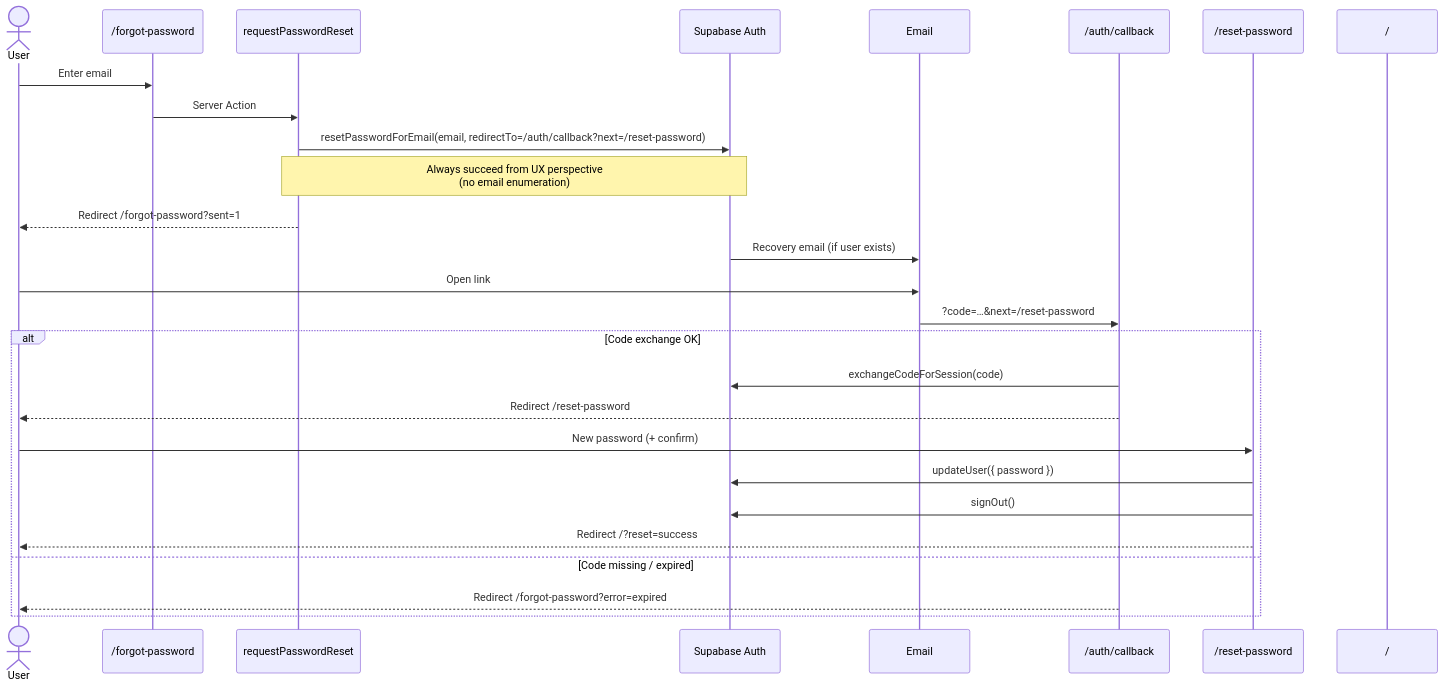
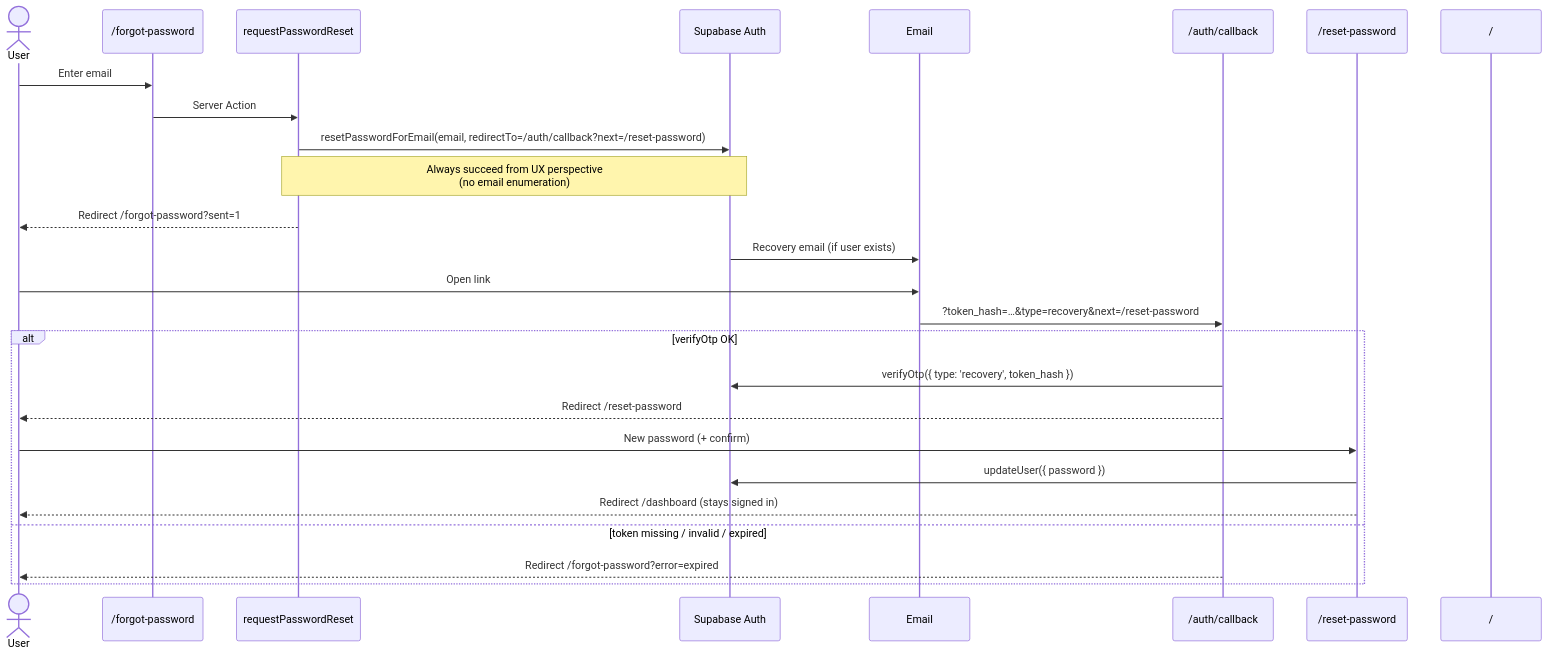
Before and after one commit to lizardkingLK/alice: the seventh of 8 diagrams in docs/auth/AUTHENTICATION.md, drawn with Mermaid. The commit also changed other lines of this file and 4 other files, not shown here.

First line of the commit message:
fix(resolved issues): resolved password reset with forgot password issues

````diff
--- a/docs/auth/AUTHENTICATION.md
+++ b/docs/auth/AUTHENTICATION.md
@@ -329,31 +332,30 @@
 ```mermaid
 sequenceDiagram
   actor U as User
   participant Forgot as /forgot-password
   participant Actions as requestPasswordReset
   participant Auth as Supabase Auth
   participant Mail as Email
   participant CB as /auth/callback
   participant Reset as /reset-password
   participant Home as /
 
   U->>Forgot: Enter email
   Forgot->>Actions: Server Action
   Actions->>Auth: resetPasswordForEmail(email, redirectTo=/auth/callback?next=/reset-password)
   Note over Actions,Auth: Always succeed from UX perspective<br/>(no email enumeration)
   Actions-->>U: Redirect /forgot-password?sent=1
 
   Auth->>Mail: Recovery email (if user exists)
   U->>Mail: Open link
-  Mail->>CB: ?code=…&next=/reset-password
-  alt Code exchange OK
-    CB->>Auth: exchangeCodeForSession(code)
+  Mail->>CB: ?token_hash=…&type=recovery&next=/reset-password
+  alt verifyOtp OK
+    CB->>Auth: verifyOtp({ type: 'recovery', token_hash })
     CB-->>U: Redirect /reset-password
     U->>Reset: New password (+ confirm)
     Reset->>Auth: updateUser({ password })
-    Reset->>Auth: signOut()
-    Reset-->>U: Redirect /?reset=success
-  else Code missing / expired
+    Reset-->>U: Redirect /dashboard (stays signed in)
+  else token missing / invalid / expired
     CB-->>U: Redirect /forgot-password?error=expired
   end
 ```
````
